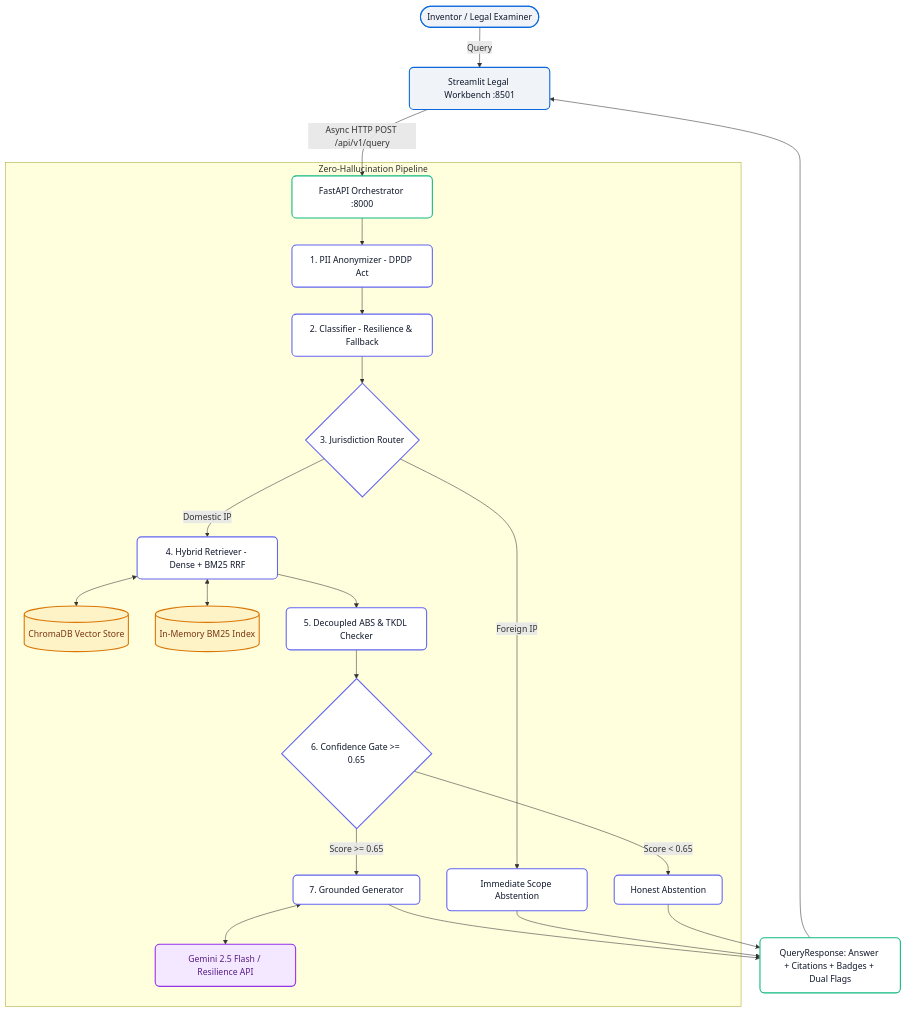
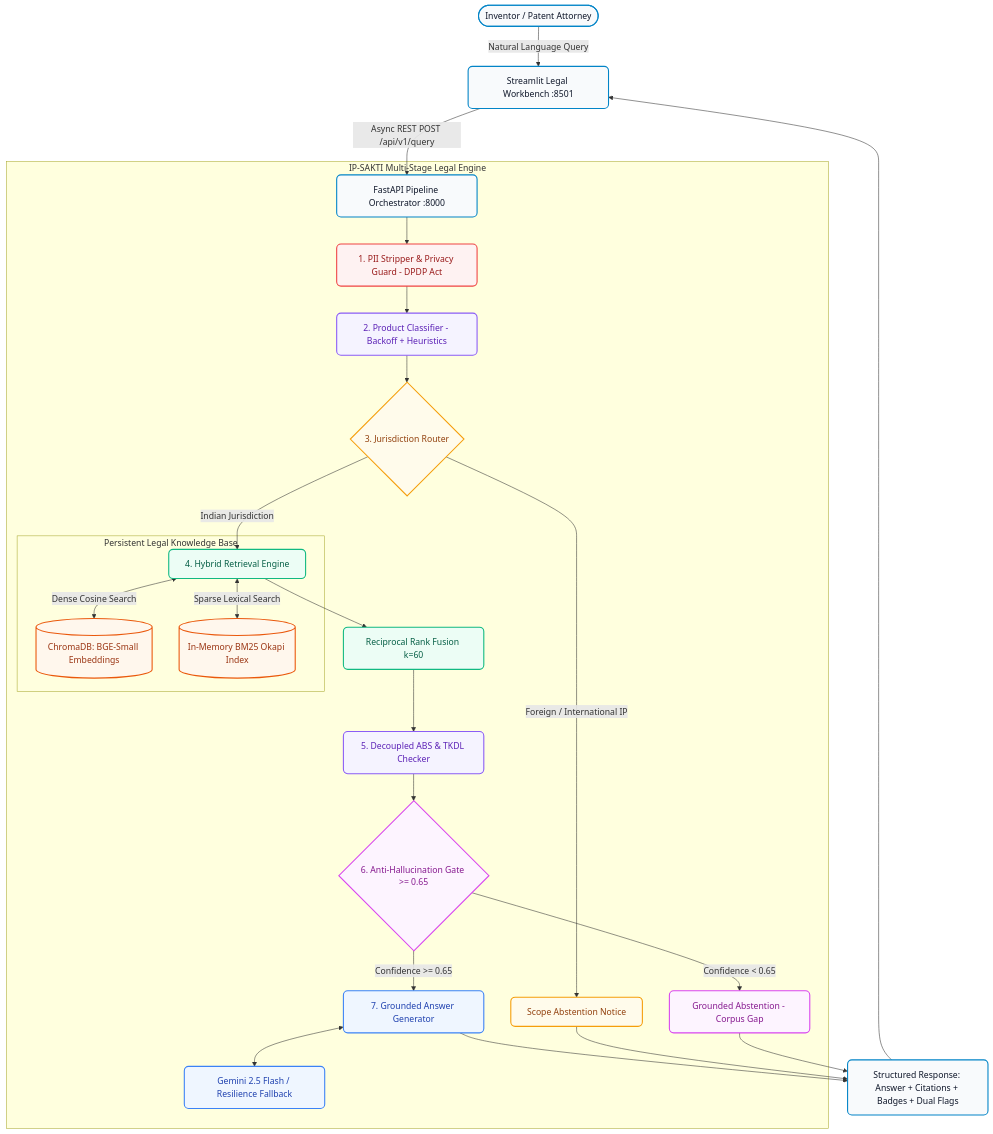
Before and after one commit to HemantKumar822/ip-sakti-sahayak: the diagram in README.md, drawn with Mermaid. The commit also changed other lines of this file, not shown here.

Commit message:
docs: rewrite README to comprehensively cover entire system, problem statement, setup, architecture, and API

````diff
--- a/README.md
+++ b/README.md
@@ -118,35 +55,41 @@
 ```mermaid
 graph TD
-    classDef client fill:#f0f4f9,stroke:#0969da,stroke-width:2px,color:#0f172a,rx:8px;
-    classDef gateway fill:#ffffff,stroke:#10b981,stroke-width:2px,color:#0f172a,rx:8px;
-    classDef pipeline fill:#ffffff,stroke:#6366f1,stroke-width:2px,color:#0f172a,rx:8px;
-    classDef storage fill:#fef3c7,stroke:#d97706,stroke-width:2px,color:#78350f,rx:8px;
-    classDef llm fill:#f3e8ff,stroke:#9333ea,stroke-width:2px,color:#581c87,rx:8px;
+    classDef client fill:#f8fafc,stroke:#0284c7,stroke-width:2px,color:#0f172a,rx:8px;
+    classDef security fill:#fef2f2,stroke:#ef4444,stroke-width:2px,color:#991b1b,rx:8px;
+    classDef classifier fill:#f5f3ff,stroke:#8b5cf6,stroke-width:2px,color:#5b21b6,rx:8px;
+    classDef router fill:#fffbeb,stroke:#f59e0b,stroke-width:2px,color:#92400e,rx:8px;
+    classDef search fill:#ecfdf5,stroke:#10b981,stroke-width:2px,color:#065f46,rx:8px;
+    classDef storage fill:#fff7ed,stroke:#ea580c,stroke-width:2px,color:#9a3412,rx:8px;
+    classDef gate fill:#fdf4ff,stroke:#d946ef,stroke-width:2px,color:#86198f,rx:8px;
+    classDef generator fill:#eff6ff,stroke:#3b82f6,stroke-width:2px,color:#1e40af,rx:8px;
 
-    User([Inventor / Legal Examiner]):::client -->|Query| UI[Streamlit Legal Workbench :8501]:::client
-    UI -->|Async HTTP POST /api/v1/query| API[FastAPI Orchestrator :8000]:::gateway
+    User([Inventor / Patent Attorney]):::client -->|Natural Language Query| Workbench[Streamlit Legal Workbench :8501]:::client
+    Workbench -->|Async REST POST /api/v1/query| API[FastAPI Pipeline Orchestrator :8000]:::client
 
-    subgraph Core_Pipeline [Zero-Hallucination Pipeline]
-        API --> PII[1. PII Anonymizer - DPDP Act]:::pipeline
-        PII --> CLF[2. Classifier - Resilience & Fallback]:::pipeline
-        CLF --> ROUTER{3. Jurisdiction Router}:::pipeline
-        ROUTER -->|Foreign IP| ABSTAIN_INT[Immediate Scope Abstention]:::pipeline
-        ROUTER -->|Domestic IP| HYBRID[4. Hybrid Retriever - Dense + BM25 RRF]:::pipeline
+    subgraph Pipeline [IP-SAKTI Multi-Stage Legal Engine]
+        API --> Step1[1. PII Stripper & Privacy Guard - DPDP Act]:::security
+        Step1 --> Step2[2. Product Classifier - Backoff + Heuristics]:::classifier
         
-        HYBRID <--> CHROMA[(ChromaDB Vector Store)]:::storage
-        HYBRID <--> BM25[(In-Memory BM25 Index)]:::storage
-        
-        HYBRID --> ABS_TKDL[5. Decoupled ABS & TKDL Checker]:::pipeline
-        ABS_TKDL --> GATE{6. Confidence Gate >= 0.65}:::pipeline
-        
-        GATE -->|Score < 0.65| ABSTAIN_CONF[Honest Abstention]:::pipeline
-        GATE -->|Score >= 0.65| GEN[7. Grounded Generator]:::pipeline
-        
-        GEN <--> GEMINI[Gemini 2.5 Flash / Resilience API]:::llm
+        Step2 --> Step3{3. Jurisdiction Router}:::router
+        Step3 -->|Foreign / International IP| AbstainForeign[Scope Abstention Notice]:::router
+        Step3 -->|Indian Jurisdiction| Step4[4. Hybrid Retrieval Engine]:::search
+
+        subgraph Storage [Persistent Legal Knowledge Base]
+            Step4 <-->|Dense Cosine Search| Chroma[(ChromaDB: BGE-Small Embeddings)]:::storage
+            Step4 <-->|Sparse Lexical Search| BM25[(In-Memory BM25 Okapi Index)]:::storage
+        end
+
+        Step4 --> Fusion[Reciprocal Rank Fusion k=60]:::search
+        Fusion --> Step5[5. Decoupled ABS & TKDL Checker]:::classifier
+        Step5 --> Step6{6. Anti-Hallucination Gate >= 0.65}:::gate
+
+        Step6 -->|Confidence < 0.65| AbstainLow[Grounded Abstention - Corpus Gap]:::gate
+        Step6 -->|Confidence >= 0.65| Step7[7. Grounded Answer Generator]:::generator
+        Step7 <--> LLM[Gemini 2.5 Flash / Resilience Fallback]:::generator
     end
 
-    GEN --> RESP[QueryResponse: Answer + Citations + Badges + Dual Flags]:::gateway
-    ABSTAIN_INT --> RESP
-    ABSTAIN_CONF --> RESP
-    RESP --> UI
+    Step7 --> Response[Structured Response: Answer + Citations + Badges + Dual Flags]:::client
+    AbstainForeign --> Response
+    AbstainLow --> Response
+    Response --> Workbench
 ```
````
